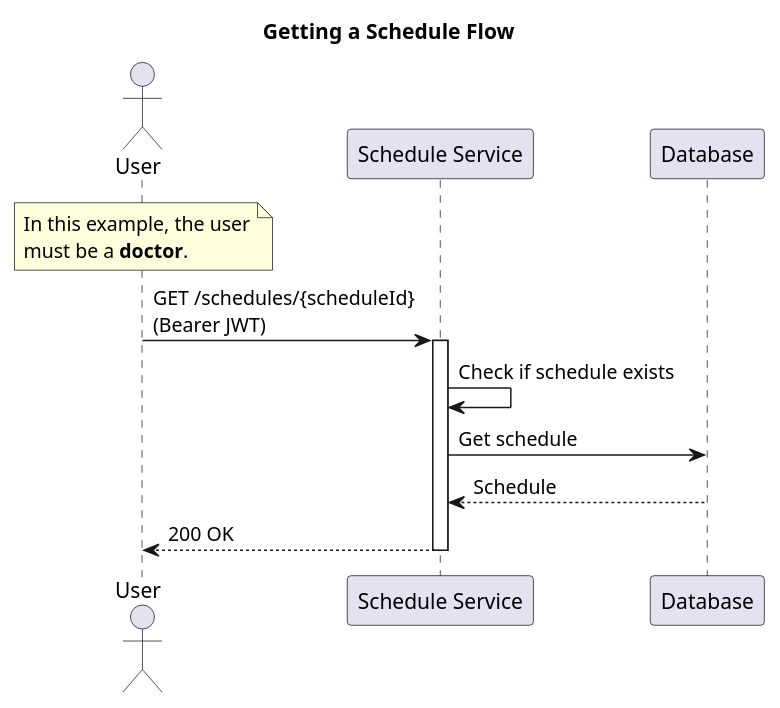
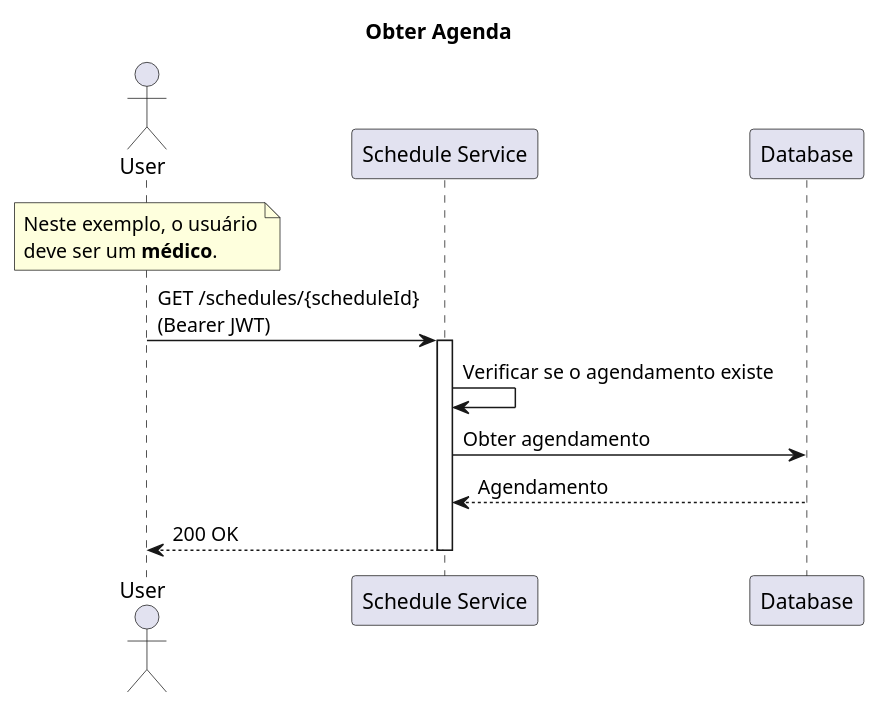
Before and after one commit to jfelipearaujo-healthmed/scheduler-service: the diagram in docs/get_schedule.puml, drawn with PlantUML. The commit also changed 10 other files, not shown here.

```diff
--- a/docs/get_schedule.puml
+++ b/docs/get_schedule.puml
@@ -1,23 +1,23 @@
 @startuml get_schedule
 
-title Getting a Schedule Flow
+title Obter Agenda
 
 actor "User" as user
 participant "Schedule Service" as schedule_service
 participant "Database" as database
 
 note over user
-In this example, the user
-must be a **doctor**.
+Neste exemplo, o usuário
+deve ser um **médico**.
 end note
 
 user -> schedule_service: GET /schedules/{scheduleId}\n(Bearer JWT)
 
 activate schedule_service
-schedule_service -> schedule_service: Check if schedule exists
-schedule_service -> database: Get schedule
-database --> schedule_service: Schedule
+schedule_service -> schedule_service: Verificar se o agendamento existe
+schedule_service -> database: Obter agendamento
+database --> schedule_service: Agendamento
 schedule_service --> user: 200 OK
 deactivate schedule_service
 
 @enduml
```
